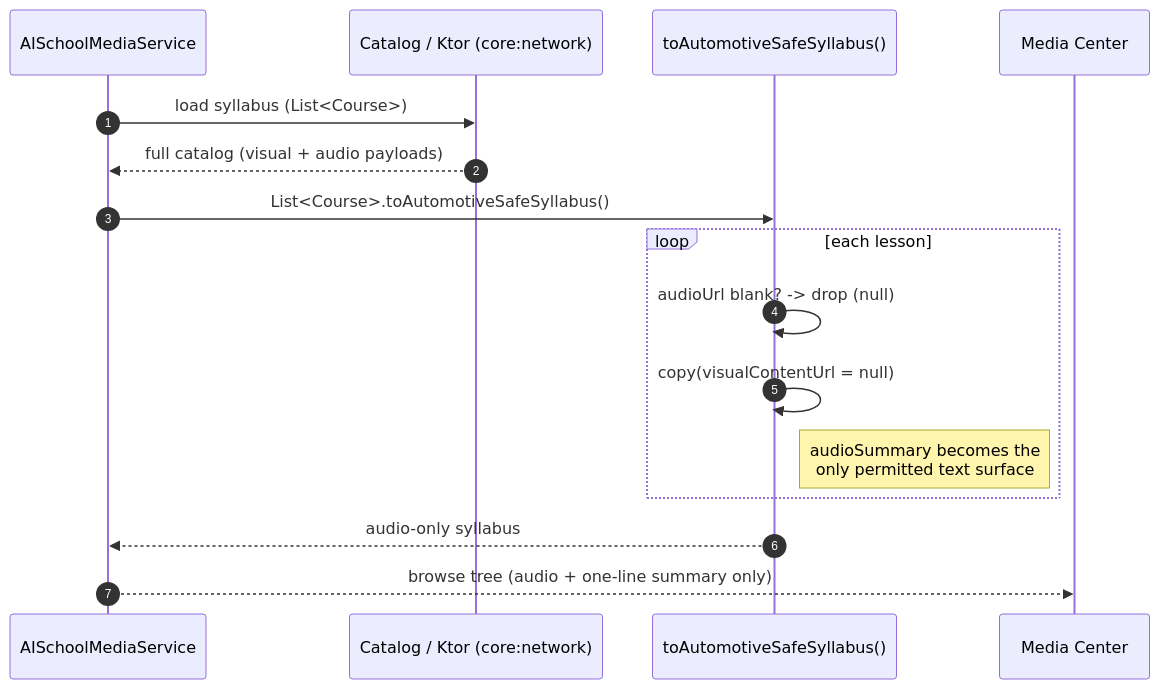
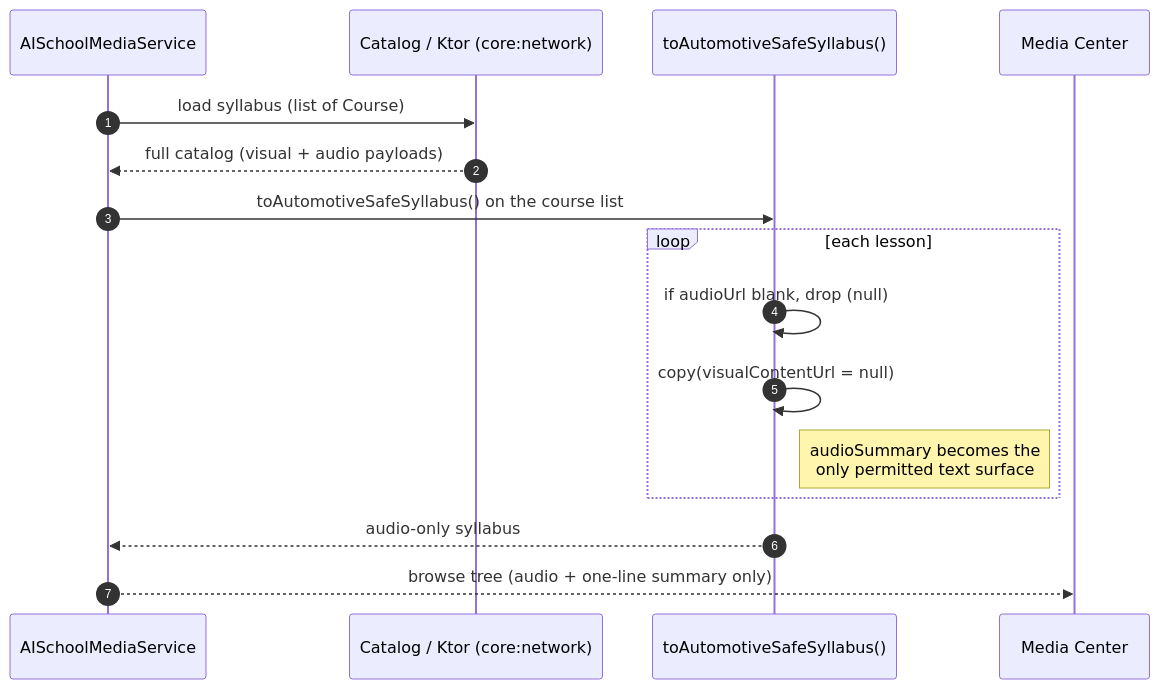
The third of 3 diagrams in docs/SEQUENCE-DIAGRAMS.md (toshanthi-stack/ai-school-android), drawn with Mermaid before and after one commit. The commit also changed other lines of this file, not shown here.

First line of the commit message:
Fix Mermaid parse errors in sequence diagrams

````diff
--- a/docs/SEQUENCE-DIAGRAMS.md
+++ b/docs/SEQUENCE-DIAGRAMS.md
@@ -114,19 +114,19 @@
 ```mermaid
 sequenceDiagram
     autonumber
     participant Service as AISchoolMediaService
     participant Repo as Catalog / Ktor (core:network)
     participant Safety as toAutomotiveSafeSyllabus()
     participant IVI as Media Center
 
-    Service->>Repo: load syllabus (List<Course>)
+    Service->>Repo: load syllabus (list of Course)
     Repo-->>Service: full catalog (visual + audio payloads)
-    Service->>Safety: List<Course>.toAutomotiveSafeSyllabus()
+    Service->>Safety: toAutomotiveSafeSyllabus() on the course list
     loop each lesson
-        Safety->>Safety: audioUrl blank? -> drop (null)
+        Safety->>Safety: if audioUrl blank, drop (null)
         Safety->>Safety: copy(visualContentUrl = null)
         Note right of Safety: audioSummary becomes the<br/>only permitted text surface
     end
     Safety-->>Service: audio-only syllabus
     Service-->>IVI: browse tree (audio + one-line summary only)
 ```
````
